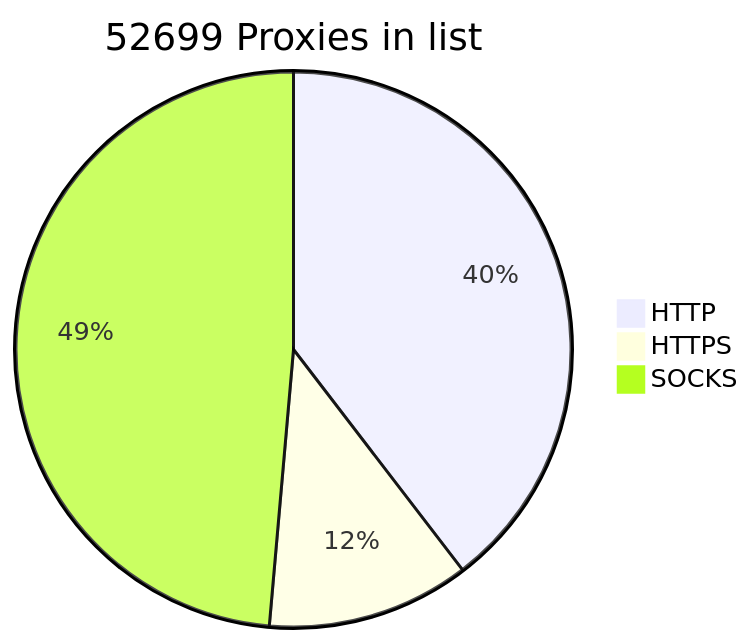
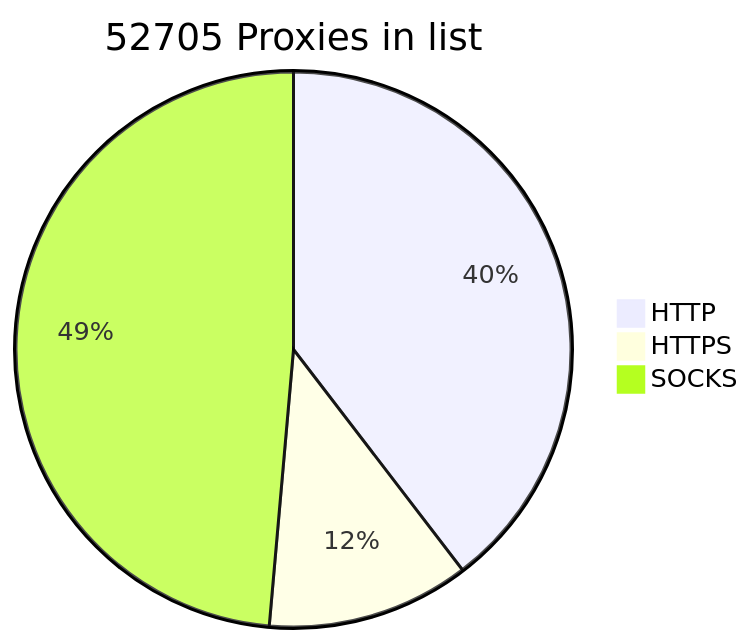
The diagram in README.md (BlackSnowDot/proxylist-update-every-minute), drawn with Mermaid before and after one commit.

````diff
--- a/README.md
+++ b/README.md
@@ -2,6 +2,6 @@
 ```mermaid
-pie title 52699 Proxies in list
-    "HTTP" : 23257
-    "HTTPS": 6934
+pie title 52705 Proxies in list
+    "HTTP" : 23260
+    "HTTPS": 6935
     "SOCKS" : 28558
 ```
````
